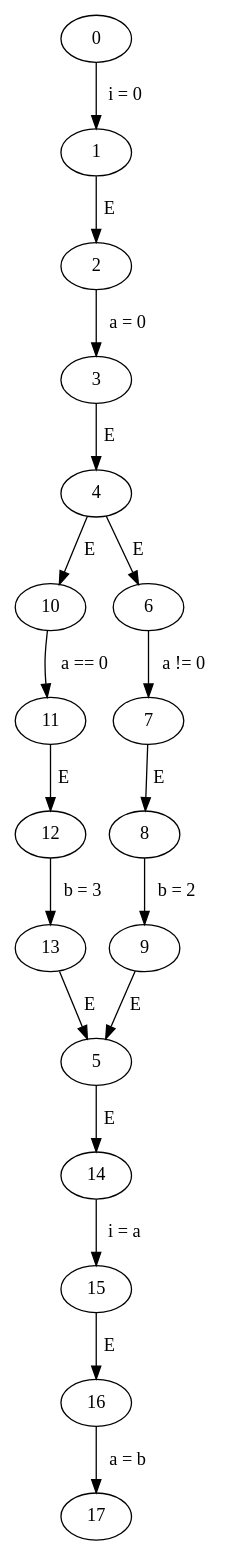
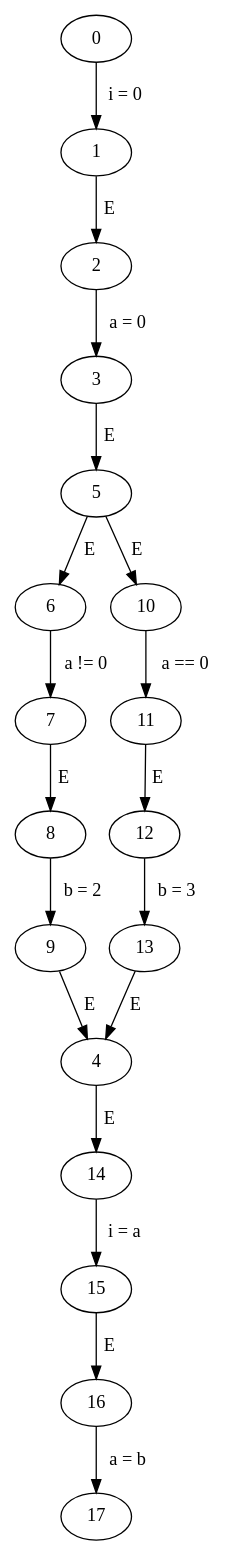
The diagram in code/graphs/if/if.gv (Harman309/project6), drawn with Graphviz before and after one commit. The commit also changed 6 other files, not shown here.

```diff
--- a/code/graphs/if/if.gv
+++ b/code/graphs/if/if.gv
@@ -1,21 +1,21 @@
 // if
 digraph {
-	14 -> 15 [label=" i = a "]
-	3 -> 4 [label=" E "]
-	9 -> 5 [label=" E "]
-	1 -> 2 [label=" E "]
-	4 -> 10 [label=" E "]
-	10 -> 11 [label=" a == 0 "]
-	11 -> 12 [label=" E "]
-	6 -> 7 [label=" a != 0 "]
-	4 -> 6 [label=" E "]
-	16 -> 17 [label=" a = b "]
 	15 -> 16 [label=" E "]
 	12 -> 13 [label=" b = 3 "]
-	5 -> 14 [label=" E "]
-	13 -> 5 [label=" E "]
+	5 -> 6 [label=" E "]
+	11 -> 12 [label=" E "]
+	1 -> 2 [label=" E "]
+	9 -> 4 [label=" E "]
+	13 -> 4 [label=" E "]
 	8 -> 9 [label=" b = 2 "]
-	0 -> 1 [label=" i = 0 "]
+	3 -> 5 [label=" E "]
 	7 -> 8 [label=" E "]
 	2 -> 3 [label=" a = 0 "]
+	14 -> 15 [label=" i = a "]
+	0 -> 1 [label=" i = 0 "]
+	10 -> 11 [label=" a == 0 "]
+	6 -> 7 [label=" a != 0 "]
+	5 -> 10 [label=" E "]
+	16 -> 17 [label=" a = b "]
+	4 -> 14 [label=" E "]
 }
```
